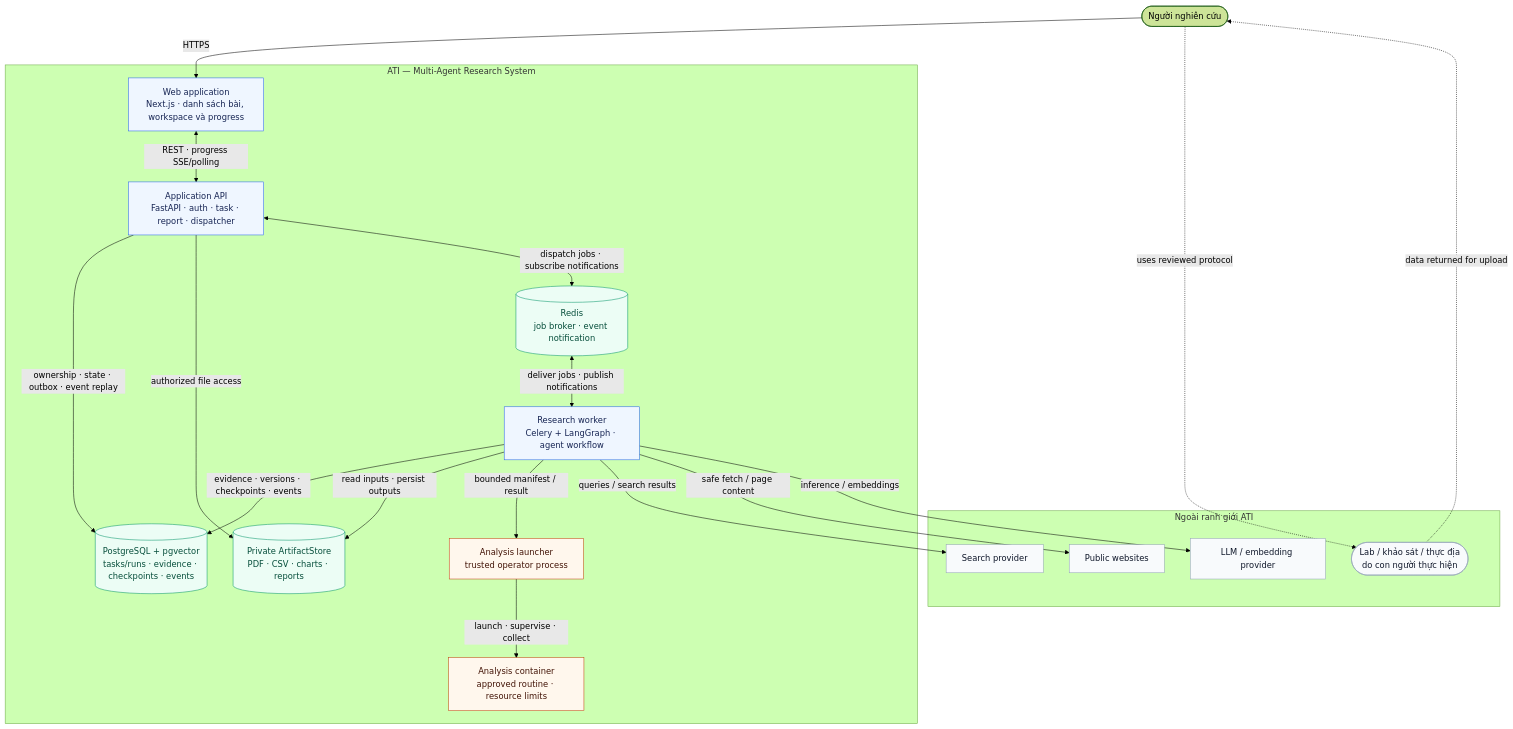
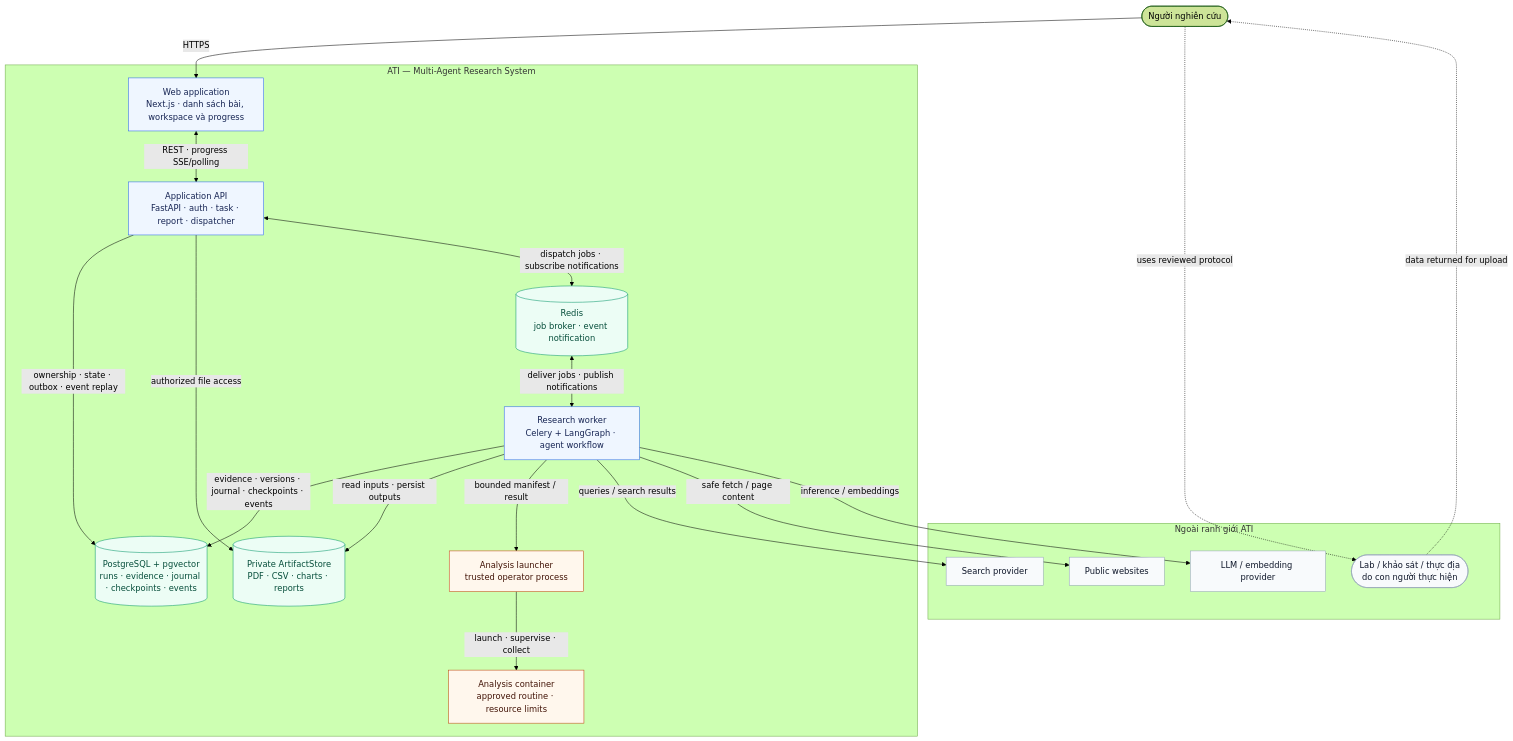
One commit to NguyenChien536/Multi-Agent-Research-System changed the first of 7 diagrams in docs/architecture/system-design.md. Above: the diagram before and after it, drawn with Mermaid (forest theme). The commit also changed other lines of this file and 4 other files, not shown here.

````diff
--- a/docs/architecture/system-design.md
+++ b/docs/architecture/system-design.md
@@ -15,47 +17,47 @@
 ```mermaid
 flowchart TB
     User(["Người nghiên cứu"])
 
     subgraph ATI["ATI — Multi-Agent Research System"]
         UI["Web application<br/>Next.js · danh sách bài, workspace và progress"]
         API["Application API<br/>FastAPI · auth · task · report · dispatcher"]
         Worker["Research worker<br/>Celery + LangGraph · agent workflow"]
         Redis[("Redis<br/>job broker · event notification")]
-        DB[("PostgreSQL + pgvector<br/>tasks/runs · evidence · checkpoints · events")]
+        DB[("PostgreSQL + pgvector<br/>runs · evidence · journal · checkpoints · events")]
         Files[("Private ArtifactStore<br/>PDF · CSV · charts · reports")]
         Launcher["Analysis launcher<br/>trusted operator process"]
         Runner["Analysis container<br/>approved routine · resource limits"]
     end
 
     subgraph Outside["Ngoài ranh giới ATI"]
         Search["Search provider"]
         Web["Public websites"]
         Models["LLM / embedding provider"]
         Human(["Lab / khảo sát / thực địa<br/>do con người thực hiện"])
     end
 
     User -->|"HTTPS"| UI
     UI <-->|"REST · progress SSE/polling"| API
     API -->|"ownership · state · outbox · event replay"| DB
     API -->|"authorized file access"| Files
     API <-->|"dispatch jobs · subscribe notifications"| Redis
     Redis <-->|"deliver jobs · publish notifications"| Worker
-    Worker -->|"evidence · versions · checkpoints · events"| DB
+    Worker -->|"evidence · versions · journal · checkpoints · events"| DB
     Worker -->|"read inputs · persist outputs"| Files
     Worker -->|"bounded manifest / result"| Launcher
     Launcher -->|"launch · supervise · collect"| Runner
     Worker -->|"queries / search results"| Search
     Worker -->|"safe fetch / page content"| Web
     Worker -->|"inference / embeddings"| Models
     User -.->|"uses reviewed protocol"| Human
     Human -.->|"data returned for upload"| User
 
     classDef app fill:#eff6ff,stroke:#2563eb,color:#172554
     classDef store fill:#ecfdf5,stroke:#059669,color:#064e3b
     classDef execution fill:#fff7ed,stroke:#c2410c,color:#431407
     classDef external fill:#f8fafc,stroke:#94a3b8,color:#0f172a
     class UI,API,Worker app
     class DB,Files,Redis store
     class Launcher,Runner execution
     class Search,Web,Models,Human external
 ```
````
